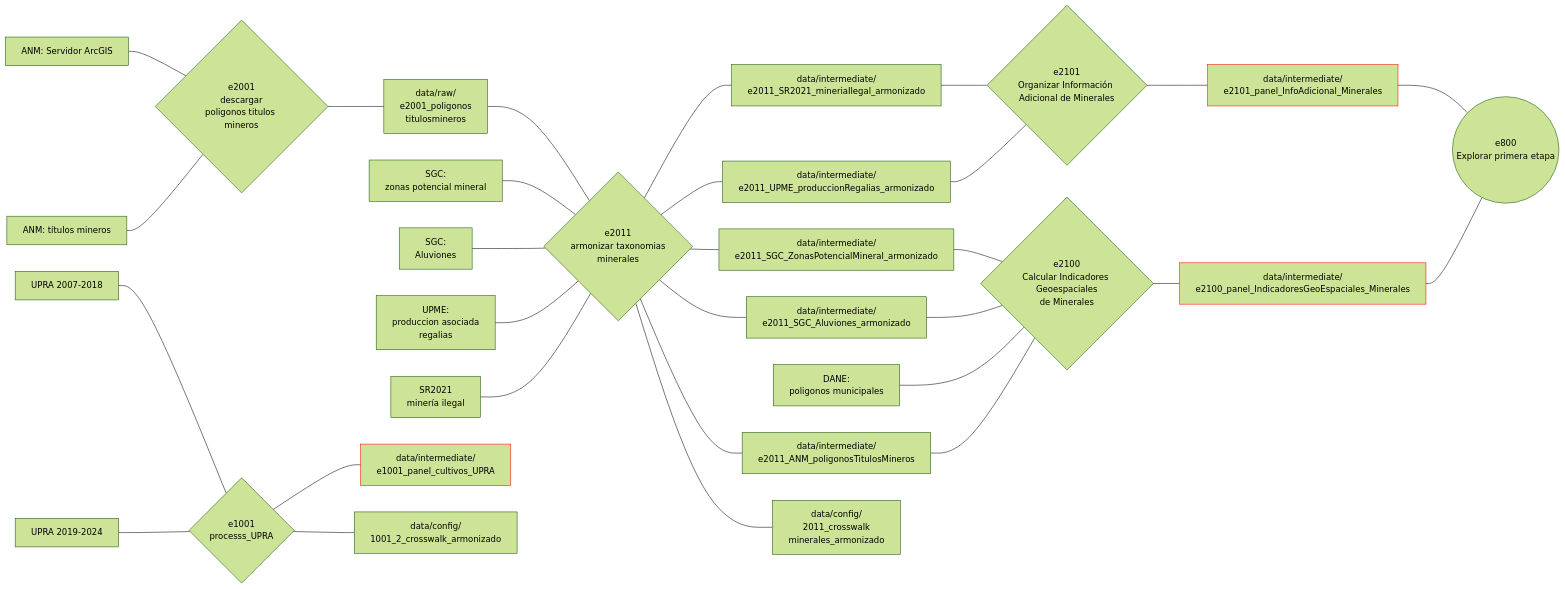
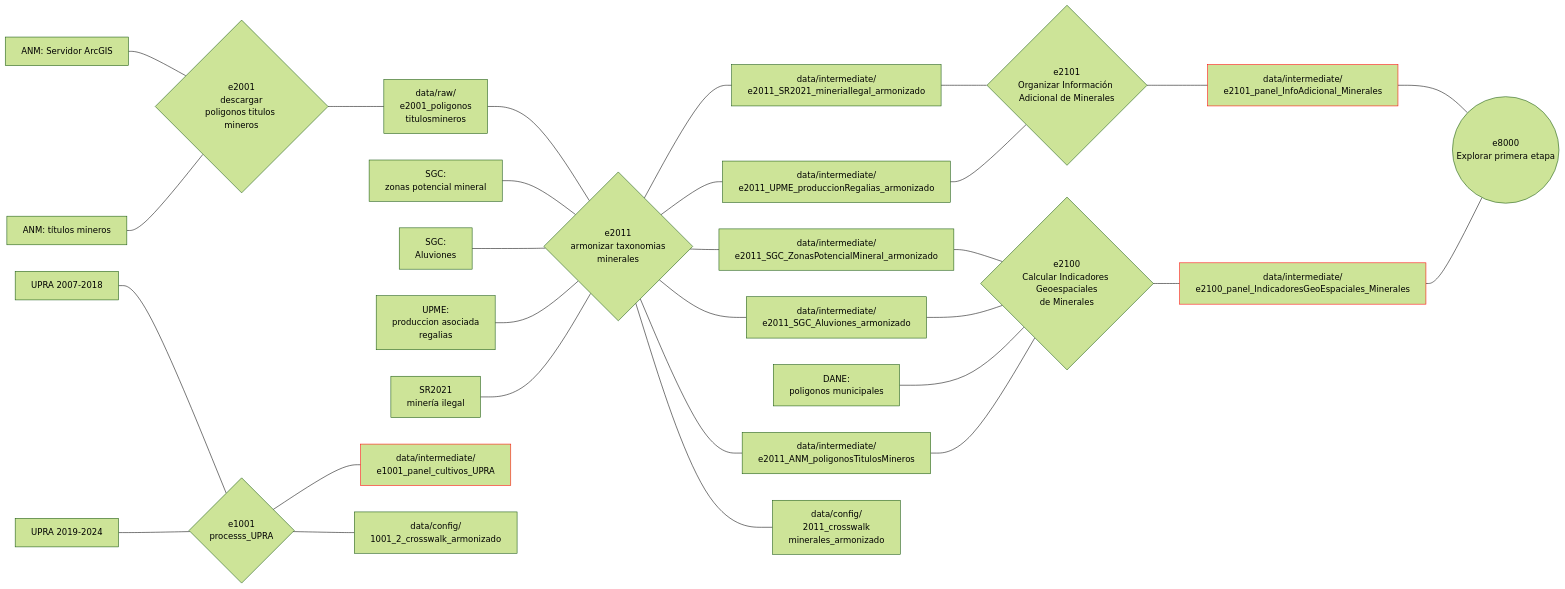
Before and after one commit to JC-AlfonsoR/PEG-mining-agriculture: the diagram in README.md, drawn with Mermaid (forest theme). The commit also changed other lines of this file and 9 other files, not shown here.

Commit message:
Completar procesamiento de indicadores minerales antes de correr primera etapa

````diff
--- a/README.md
+++ b/README.md
@@ -72,7 +72,7 @@
 de Minerales}
 e2101_organizar_informacionAdicional_minerales{e2101
 Organizar Información Adicional de Minerales}
-e800_explorar_primera_etapa((e800 
+e8000_explorar_primera_etapa((e8000 
 Explorar primera etapa))
 
 %% conexiones
@@ -118,7 +118,7 @@
 
 
 %% Primera etapa STATA
-e2101_panel_InfoAdicional_Minerales---e800_explorar_primera_etapa
-e2100_panel_IndicadoresGeoEspaciales_Minerales---e800_explorar_primera_etapa
+e2101_panel_InfoAdicional_Minerales---e8000_explorar_primera_etapa
+e2100_panel_IndicadoresGeoEspaciales_Minerales---e8000_explorar_primera_etapa
 
 ```
````
